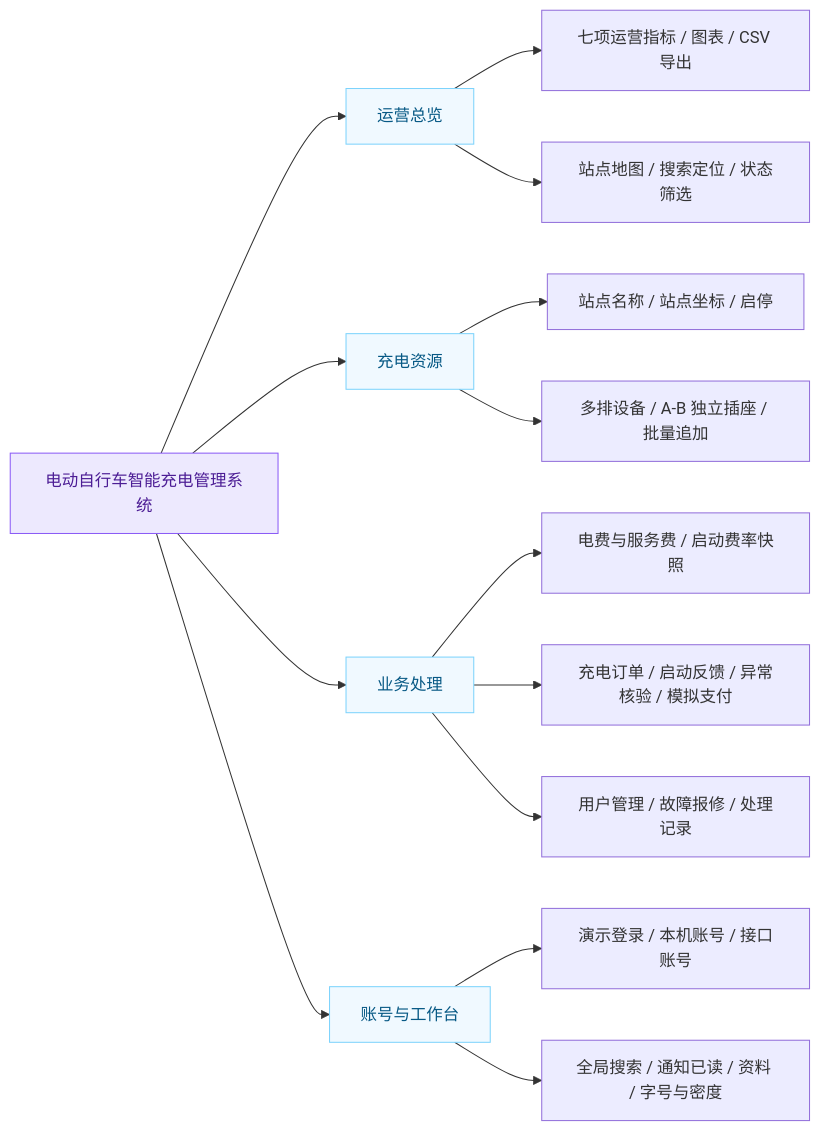
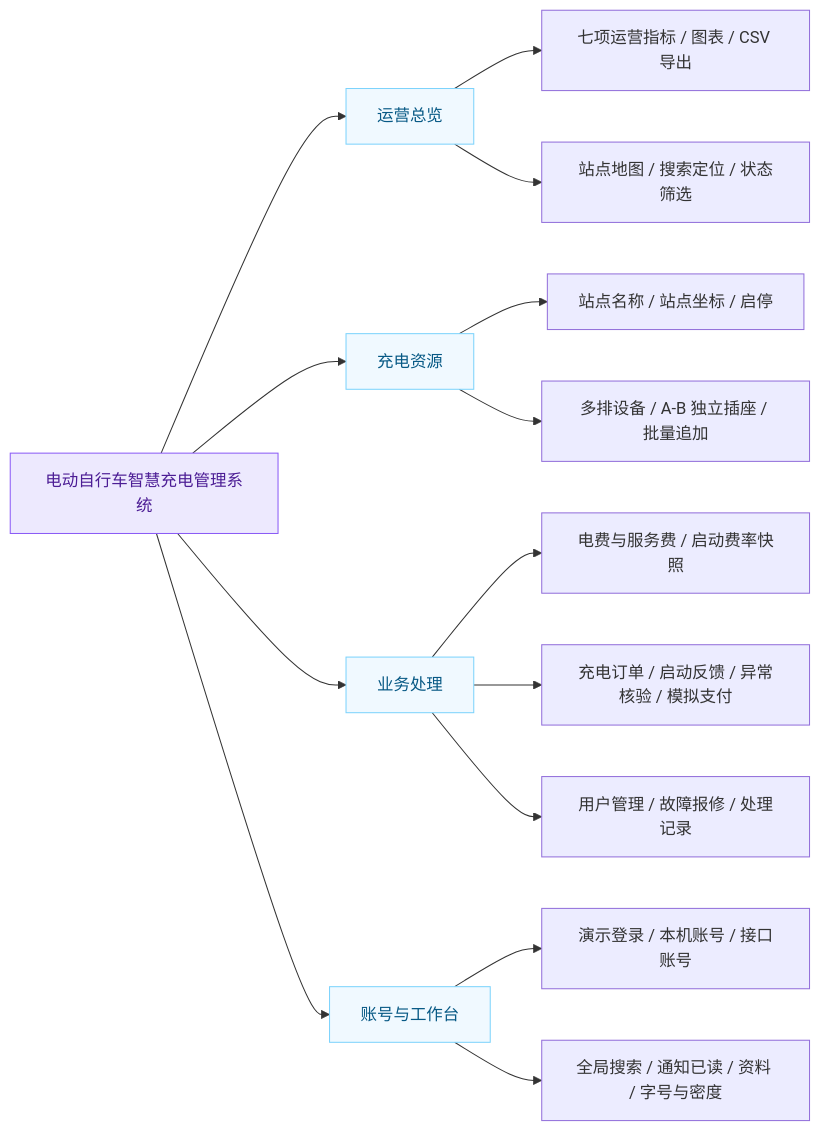
One commit to ifox-hu/campus-ebike-charging changed the diagram in docs/diagrams/modules.mmd. Above: the diagram before and after it, drawn with Mermaid. The commit also changed 26 other files, not shown here.

```diff
--- a/docs/diagrams/modules.mmd
+++ b/docs/diagrams/modules.mmd
@@ -1,19 +1,19 @@
 flowchart LR
-  Root["电动自行车智能充电管理系统"]
+  Root["电动自行车智慧充电管理系统"]
   Root --> Operations["运营总览"]
   Root --> Resources["充电资源"]
   Root --> Business["业务处理"]
   Root --> Tools["账号与工作台"]
   Operations --> Metrics["七项运营指标 / 图表 / CSV 导出"]
   Operations --> Map["站点地图 / 搜索定位 / 状态筛选"]
   Resources --> Sites["站点名称 / 站点坐标 / 启停"]
   Resources --> Layout["多排设备 / A-B 独立插座 / 批量追加"]
   Business --> Rates["电费与服务费 / 启动费率快照"]
   Business --> Orders["充电订单 / 启动反馈 / 异常核验 / 模拟支付"]
   Business --> Repairs["用户管理 / 故障报修 / 处理记录"]
   Tools --> Login["演示登录 / 本机账号 / 接口账号"]
   Tools --> Utilities["全局搜索 / 通知已读 / 资料 / 字号与密度"]
   classDef main fill:#ede9fe,stroke:#8b5cf6,color:#4c1d95
   classDef branch fill:#f0f9ff,stroke:#7dd3fc,color:#075985
   class Root main
   class Operations,Resources,Business,Tools branch
```
